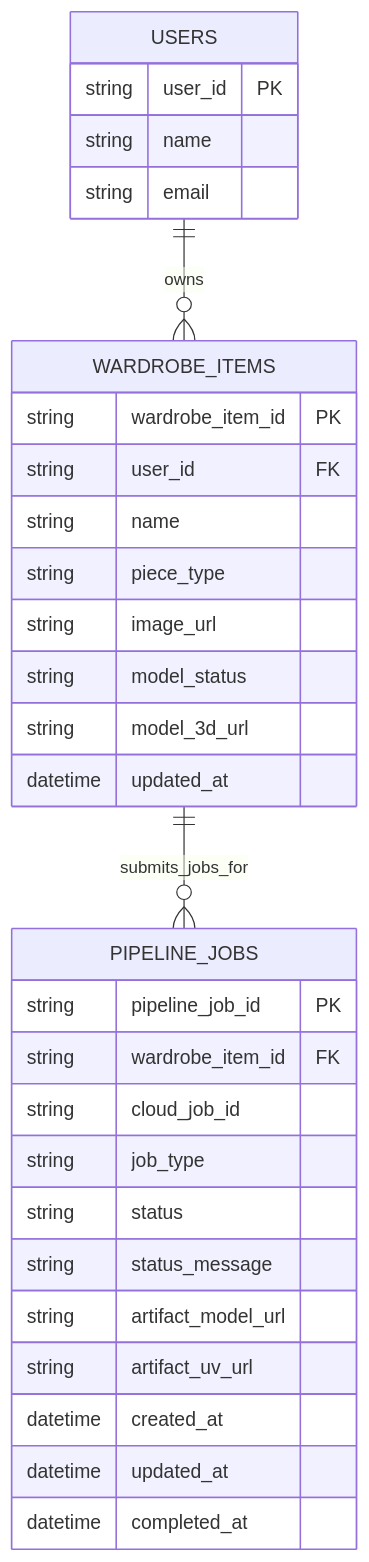
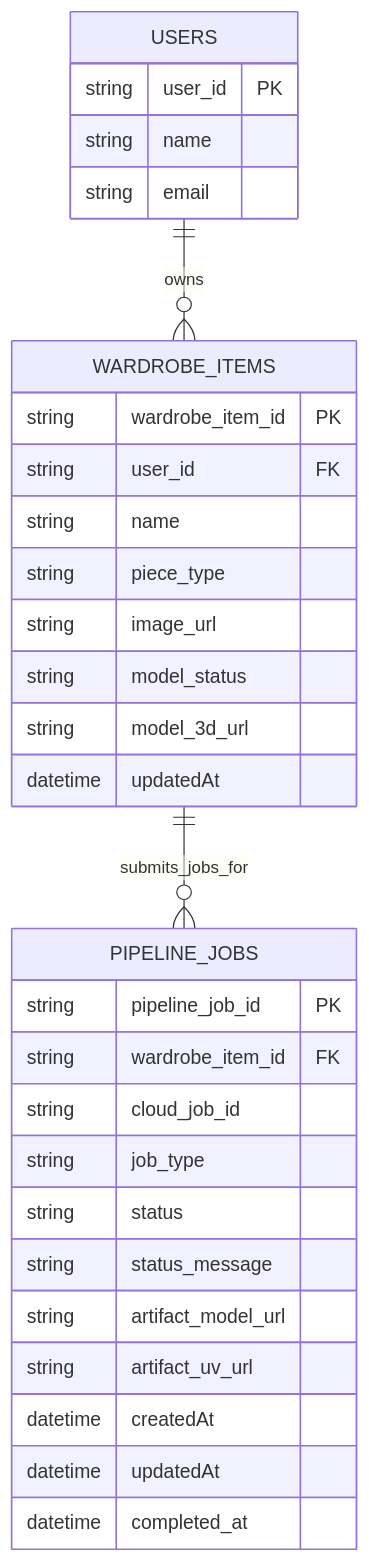
One commit to MatheusHaliski/SAI-TCC-2026 changed the third of 3 diagrams in docs/relational-entity-diagrams-activities.md. Above: the diagram before and after it, drawn with Mermaid. The commit also changed other lines of this file and 52 other files, not shown here.

````diff
--- a/docs/relational-entity-diagrams-activities.md
+++ b/docs/relational-entity-diagrams-activities.md
@@ -126,36 +126,36 @@
 ```mermaid
 erDiagram
     USERS ||--o{ WARDROBE_ITEMS : owns
     WARDROBE_ITEMS ||--o{ PIPELINE_JOBS : submits_jobs_for
 
     USERS {
       string user_id PK
       string name
       string email
     }
 
     WARDROBE_ITEMS {
       string wardrobe_item_id PK
       string user_id FK
       string name
       string piece_type
       string image_url
       string model_status
       string model_3d_url
-      datetime updated_at
+      datetime updatedAt
     }
 
     PIPELINE_JOBS {
       string pipeline_job_id PK
       string wardrobe_item_id FK
       string cloud_job_id
       string job_type
       string status
       string status_message
       string artifact_model_url
       string artifact_uv_url
-      datetime created_at
-      datetime updated_at
+      datetime createdAt
+      datetime updatedAt
       datetime completed_at
     }
 ```
````
